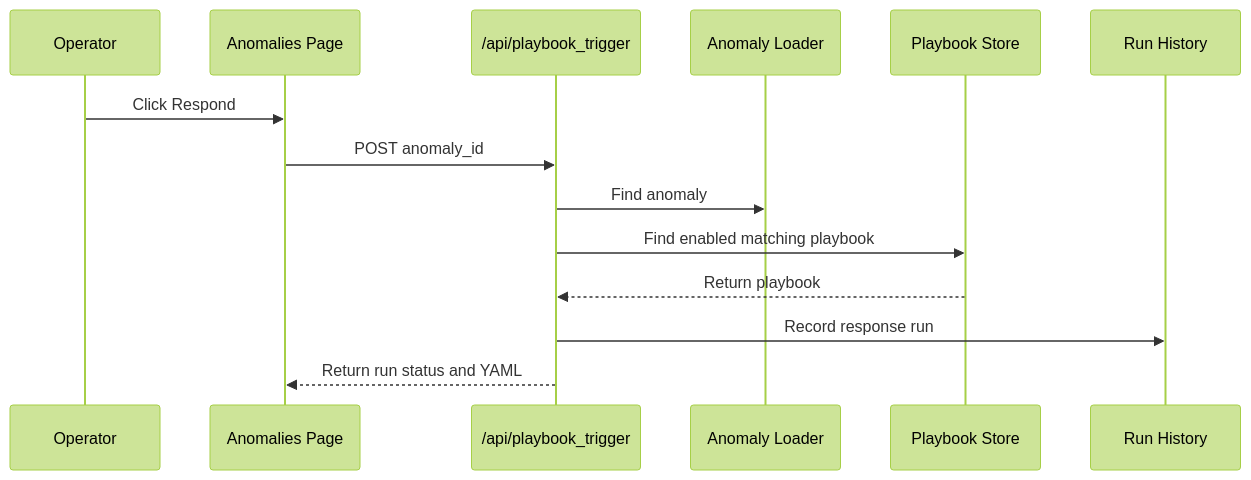
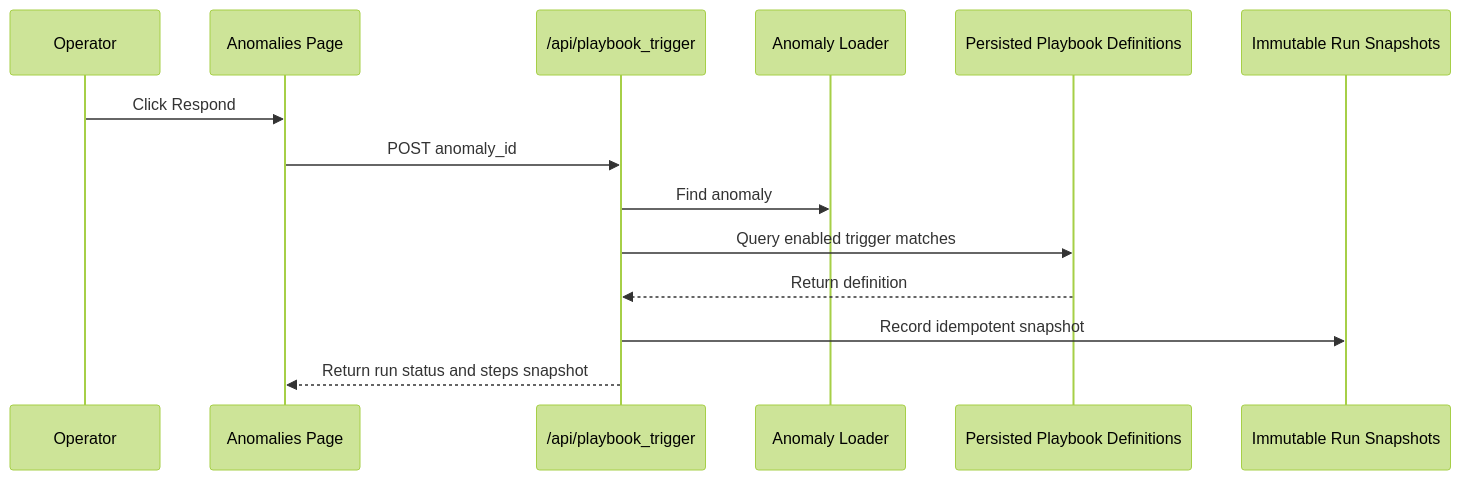
One commit to Ryner88/Sysethic changed diagram 28 of 30 in docs/uml-diagrams.md. Above: the diagram before and after it, drawn with Mermaid (forest theme). The commit also changed other lines of this file and 8 other files, not shown here.

Commit message:
Add persisted operational playbook workflow

````diff
--- a/docs/uml-diagrams.md
+++ b/docs/uml-diagrams.md
@@ -599,17 +610,17 @@
 ```mermaid
 sequenceDiagram
     participant User as Operator
     participant UI as Anomalies Page
     participant API as /api/playbook_trigger
     participant Anoms as Anomaly Loader
-    participant Store as Playbook Store
-    participant Runs as Run History
+    participant Store as Persisted Playbook Definitions
+    participant Runs as Immutable Run Snapshots
 
     User->>UI: Click Respond
     UI->>API: POST anomaly_id
     API->>Anoms: Find anomaly
-    API->>Store: Find enabled matching playbook
-    Store-->>API: Return playbook
-    API->>Runs: Record response run
-    API-->>UI: Return run status and YAML
+    API->>Store: Query enabled trigger matches
+    Store-->>API: Return definition
+    API->>Runs: Record idempotent snapshot
+    API-->>UI: Return run status and steps snapshot
 ```
````
